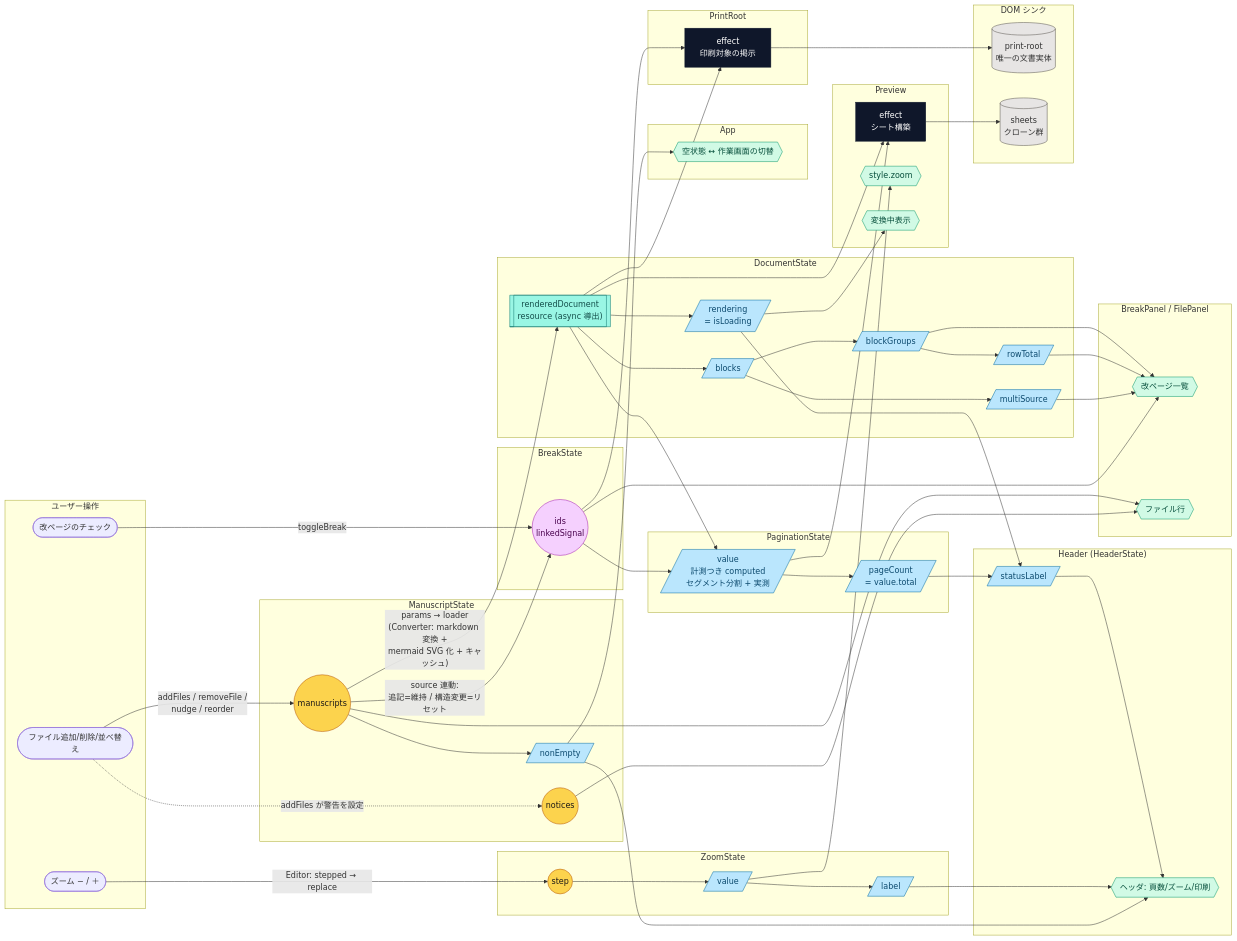
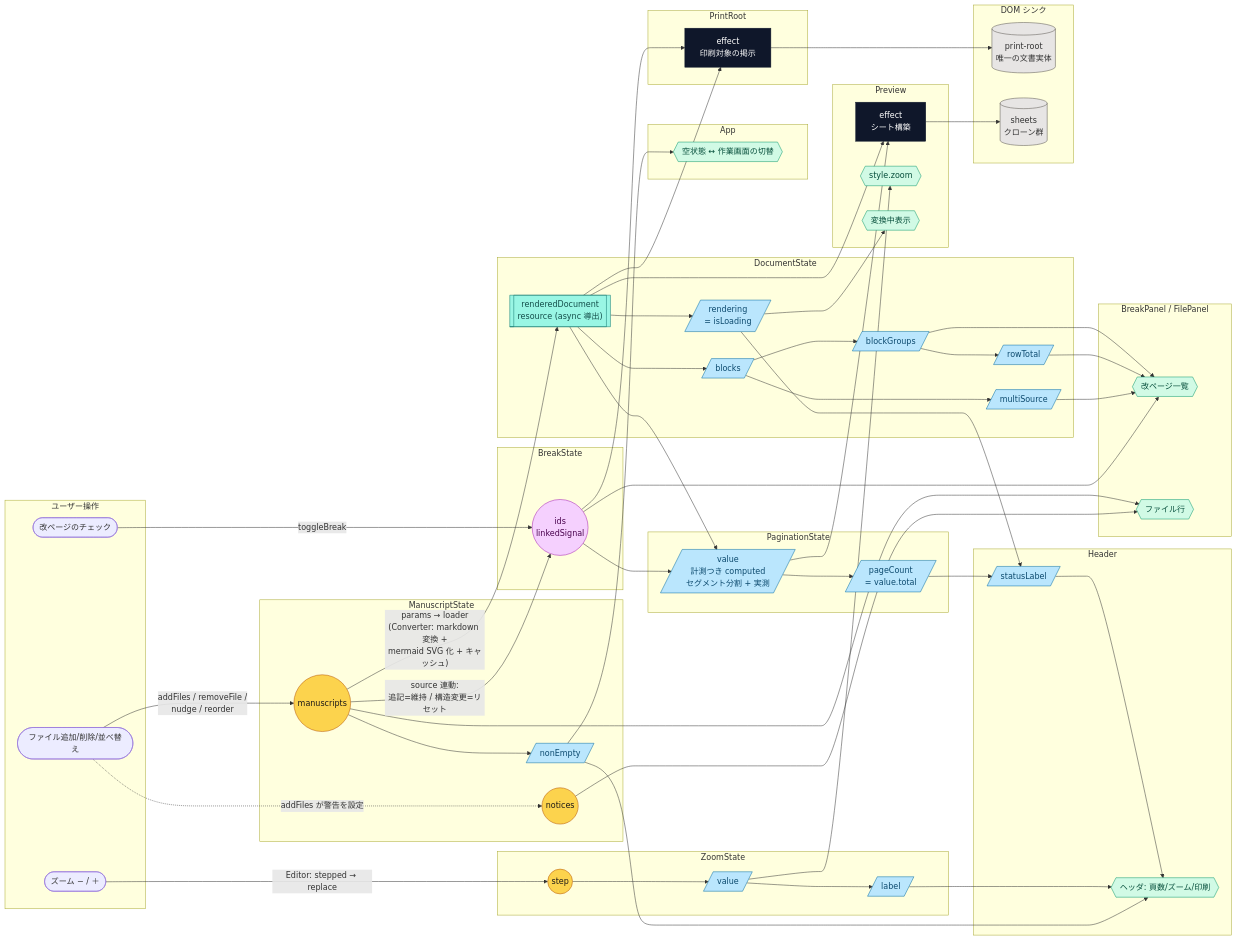
The diagram in docs/signal-graph.md (lacolaco/printmd), drawn with Mermaid before and after one commit. The commit also changed other lines of this file and 4 other files, not shown here.

```diff
--- a/docs/signal-graph.md
+++ b/docs/signal-graph.md
@@ -47,7 +47,7 @@
     VC2[/label/]
   end
 
-  subgraph HeaderC["Header (HeaderState)"]
+  subgraph HeaderC["Header"]
     HC1[/statusLabel/]
     T1{{ヘッダ: 頁数/ズーム/印刷}}
   end
```
